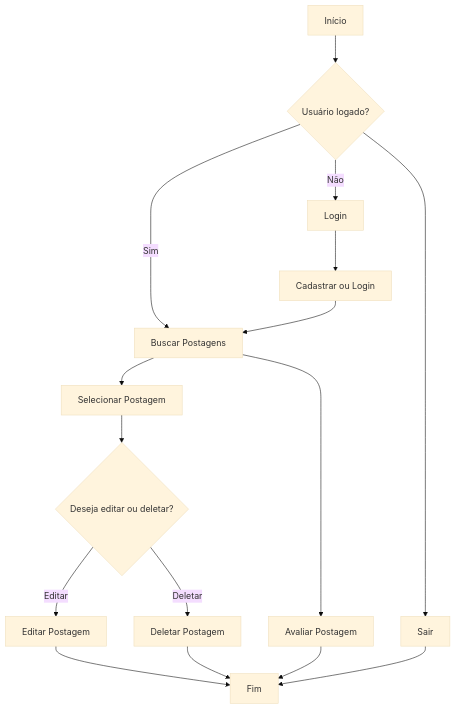
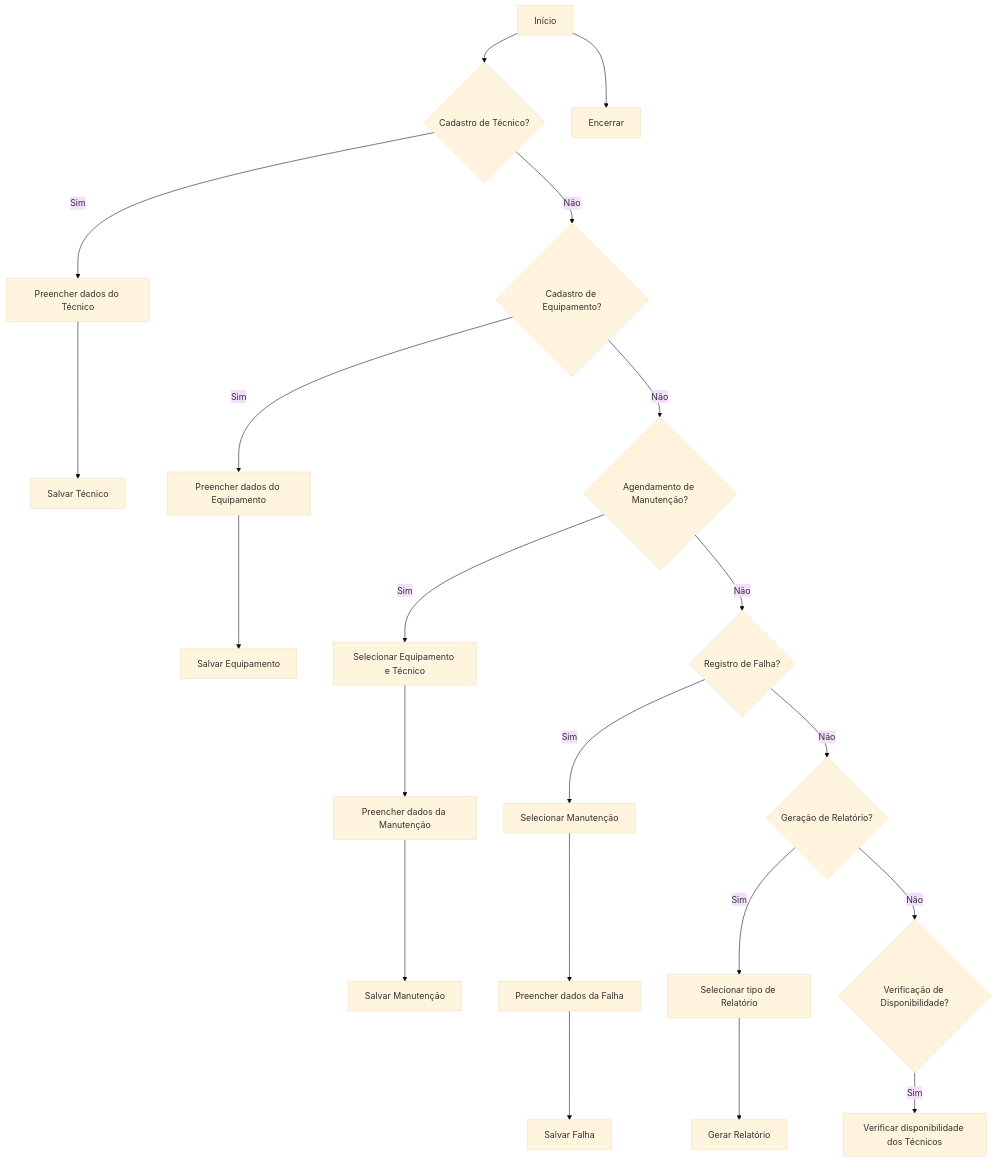
The third of 3 diagrams in README.md (kauanysc16/blog-nodejs), drawn with Mermaid (base theme) before and after one commit. The commit also changed other lines of this file, not shown here.

````diff
--- a/README.md
+++ b/README.md
@@ -171,21 +131,25 @@
 ```mermaid
-   flowchart TD
-    A[Início] --> B{Usuário logado?}
-    B -- Sim --> C[Buscar Postagens]
-    B -- Não --> D[Login]
-    D --> E[Cadastrar ou Login]
-    E --> C
-    C --> F[Selecionar Postagem]
-    F --> G{Deseja editar ou deletar?}
-    G -- Editar --> H[Editar Postagem]
-    G -- Deletar --> I[Deletar Postagem]
-    H --> J[Fim]
-    I --> J
+flowchart TD
+    A[Início] --> B{Cadastro de Técnico?}
+    B -- Sim --> C[Preencher dados do Técnico]
+    C --> D[Salvar Técnico]
+    B -- Não --> E{Cadastro de Equipamento?}
+    E -- Sim --> F[Preencher dados do Equipamento]
+    F --> G[Salvar Equipamento]
+    E -- Não --> H{Agendamento de Manutenção?}
+    H -- Sim --> I[Selecionar Equipamento e Técnico]
+    I --> J[Preencher dados da Manutenção]
+    J --> K[Salvar Manutenção]
+    H -- Não --> L{Registro de Falha?}
+    L -- Sim --> M[Selecionar Manutenção]
+    M --> N[Preencher dados da Falha]
+    N --> O[Salvar Falha]
+    L -- Não --> P{Geração de Relatório?}
+    P -- Sim --> Q[Selecionar tipo de Relatório]
+    Q --> R[Gerar Relatório]
+    P -- Não --> S{Verificação de Disponibilidade?}
+    S -- Sim --> T[Verificar disponibilidade dos Técnicos]
+    A --> U[Encerrar]
 
-    C --> K[Avaliar Postagem]
-    K --> J
-
-    B --> L[Sair]
-    L --> J
 
 ```
````
